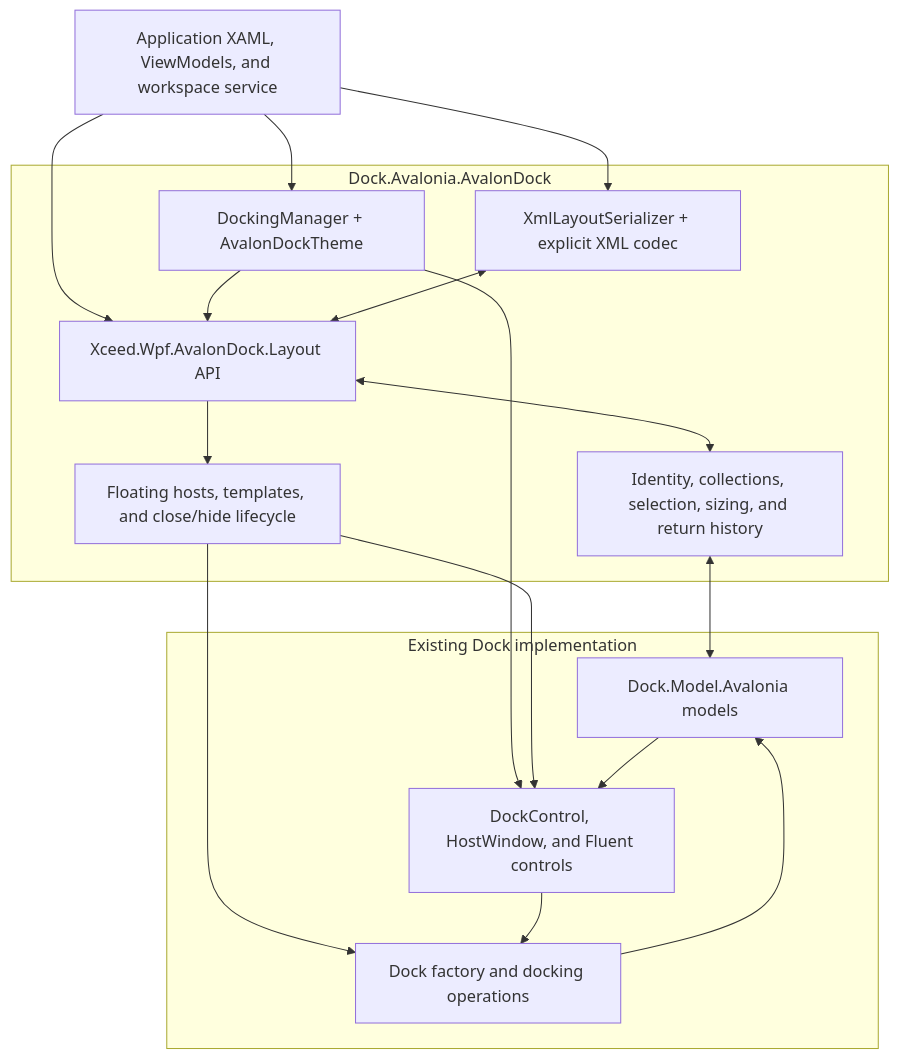
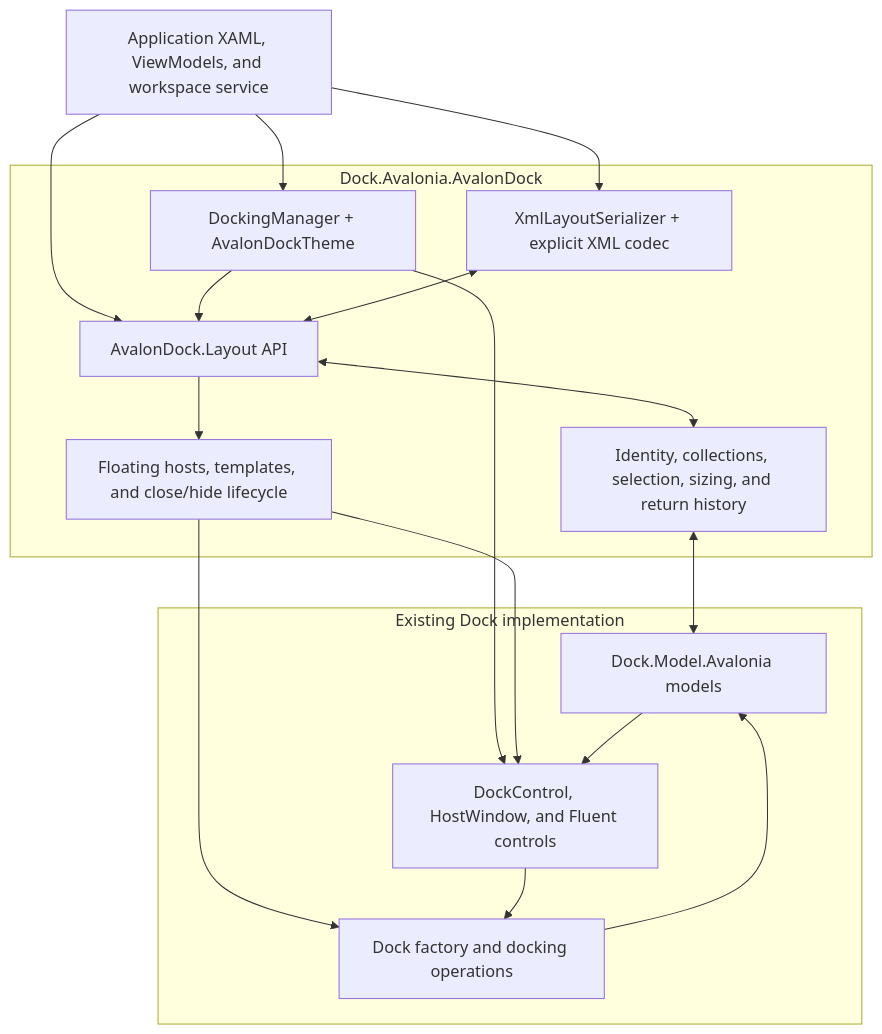
The diagram in docfx/articles/dock-avalondock.md (wieslawsoltes/Dock), drawn with Mermaid before and after one commit. The commit also changed other lines of this file and 78 other files, not shown here.

Commit message:
Use AvalonDock CLR namespaces without the Xceed WPF prefix

````diff
--- a/docfx/articles/dock-avalondock.md
+++ b/docfx/articles/dock-avalondock.md
@@ -187,30 +191,30 @@
 ```mermaid
 flowchart TB
     App["Application XAML, ViewModels, and workspace service"]
     subgraph Compatibility["Dock.Avalonia.AvalonDock"]
         Manager["DockingManager + AvalonDockTheme"]
-        Layout["Xceed.Wpf.AvalonDock.Layout API"]
+        Layout["AvalonDock.Layout API"]
         Bridge["Identity, collections, selection, sizing, and return history"]
         Lifecycle["Floating hosts, templates, and close/hide lifecycle"]
         Xml["XmlLayoutSerializer + explicit XML codec"]
     end
     subgraph Native["Existing Dock implementation"]
         Models["Dock.Model.Avalonia models"]
         Factory["Dock factory and docking operations"]
         Controls["DockControl, HostWindow, and Fluent controls"]
     end
     App --> Manager
     App --> Layout
     App --> Xml
     Manager --> Layout
     Manager --> Controls
     Layout <--> Bridge
     Bridge <--> Models
     Layout --> Lifecycle
     Lifecycle --> Factory
     Lifecycle --> Controls
     Controls --> Factory
     Factory --> Models
     Models --> Controls
     Xml <--> Layout
 ```
````
